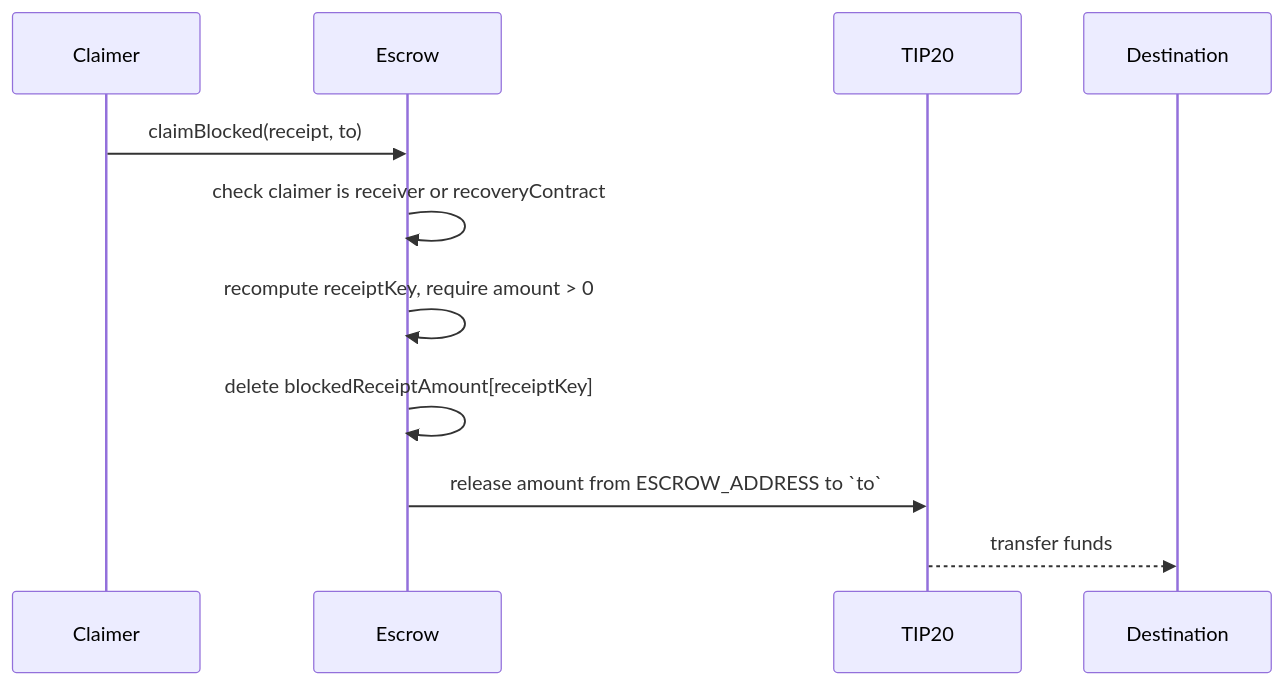
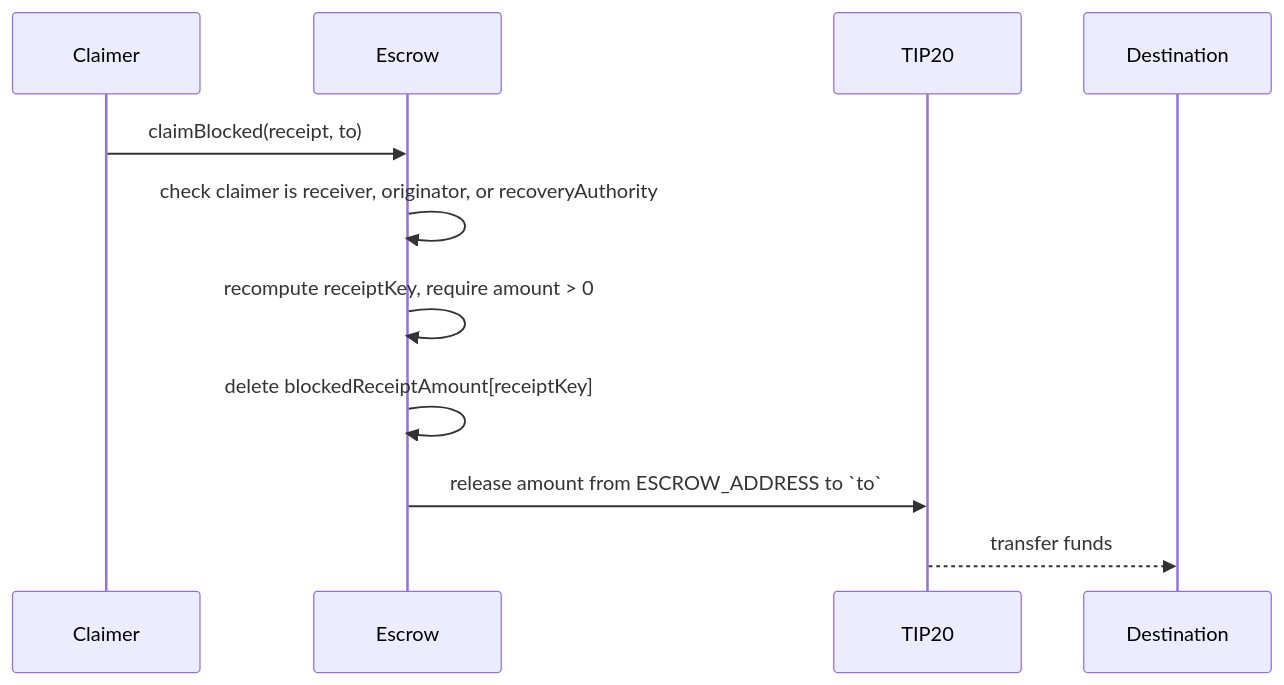
Before and after one commit to tempoxyz/tempo: the second of 2 diagrams in tips/tip-1028.md, drawn with Mermaid. The commit also changed other lines of this file, not shown here.

Commit message:
include sender as possible default recovery authority

````diff
--- a/tips/tip-1028.md
+++ b/tips/tip-1028.md
@@ -312,14 +321,14 @@
 ```mermaid
 sequenceDiagram
     participant Claimer
     participant Escrow
     participant TIP20
     participant Destination
 
     Claimer->>Escrow: claimBlocked(receipt, to)
-    Escrow->>Escrow: check claimer is receiver or recoveryContract
+    Escrow->>Escrow: check claimer is receiver, originator, or recoveryAuthority
     Escrow->>Escrow: recompute receiptKey, require amount > 0
     Escrow->>Escrow: delete blockedReceiptAmount[receiptKey]
     Escrow->>TIP20: release amount from ESCROW_ADDRESS to `to`
     TIP20-->>Destination: transfer funds
 ```
````
